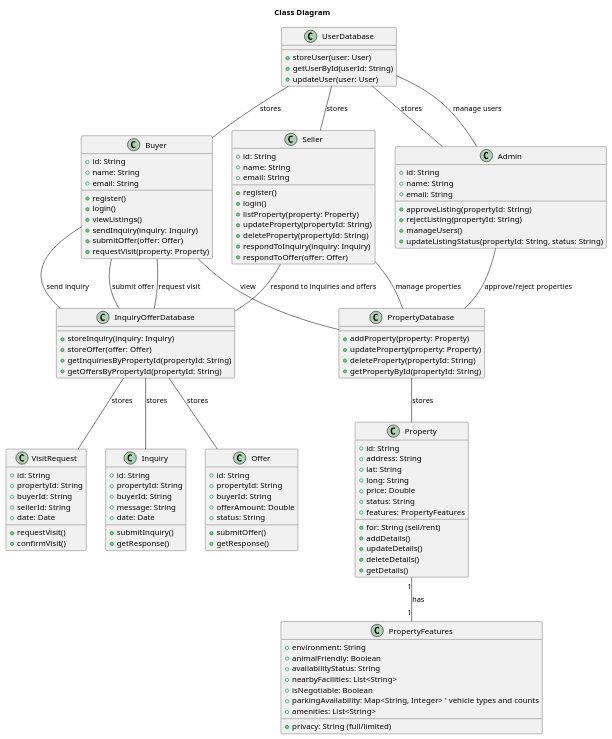
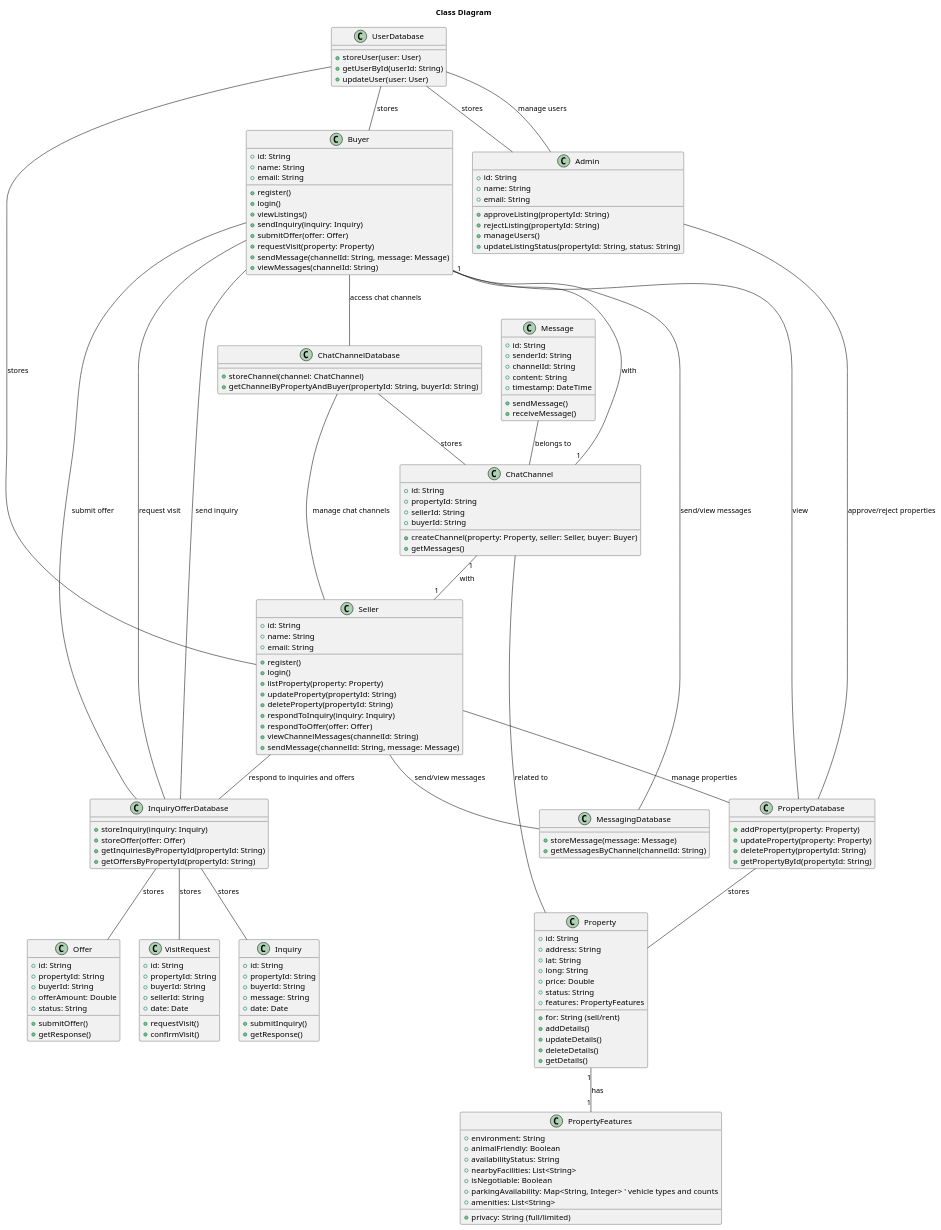
Before and after one commit to shankarkharel/Realestate-elaboration: the diagram in Classs/ClassDiagram.puml, drawn with PlantUML. The commit also changed 4 other files, not shown here.

```diff
--- a/Classs/ClassDiagram.puml
+++ b/Classs/ClassDiagram.puml
@@ -1,141 +1,183 @@
 @startuml RealEstateApplicationClassDiagram
 
 title Class Diagram 
 
 ' Define the main classes
 class Buyer {
     +id: String
     +name: String
     +email: String
     +register()
     +login()
     +viewListings()
     +sendInquiry(inquiry: Inquiry)
     +submitOffer(offer: Offer)
     +requestVisit(property: Property)
+    +sendMessage(channelId: String, message: Message)
+    +viewMessages(channelId: String)
 }
 
 class Seller {
     +id: String
     +name: String
     +email: String
     +register()
     +login()
     +listProperty(property: Property)
     +updateProperty(propertyId: String)
     +deleteProperty(propertyId: String)
     +respondToInquiry(inquiry: Inquiry)
     +respondToOffer(offer: Offer)
+    +viewChannelMessages(channelId: String)
+    +sendMessage(channelId: String, message: Message)
 }
 
 class Admin {
     +id: String
     +name: String
     +email: String
     +approveListing(propertyId: String)
     +rejectListing(propertyId: String)
     +manageUsers()
     +updateListingStatus(propertyId: String, status: String)
 }
 
 class Property {
     +id: String
     +address: String
     +lat: String
     +long: String
     +price: Double
     +for: String (sell/rent)
     +status: String
     +features: PropertyFeatures
     +addDetails()
     +updateDetails()
     +deleteDetails()
     +getDetails()
 }
 
 class PropertyFeatures {
     +environment: String
     +animalFriendly: Boolean
     +privacy: String (full/limited)
     +availabilityStatus: String
     +nearbyFacilities: List<String>
     +isNegotiable: Boolean
     +parkingAvailability: Map<String, Integer> ' vehicle types and counts
     +amenities: List<String>
 }
 
 class Inquiry {
     +id: String
     +propertyId: String
     +buyerId: String
     +message: String
     +date: Date
     +submitInquiry()
     +getResponse()
 }
 
 class Offer {
     +id: String
     +propertyId: String
     +buyerId: String
     +offerAmount: Double
     +status: String
     +submitOffer()
     +getResponse()
 }
 
 class VisitRequest {
     +id: String
     +propertyId: String
     +buyerId: String
     +sellerId: String
     +date: Date
     +requestVisit()
     +confirmVisit()
 }
 
+class ChatChannel {
+    +id: String
+    +propertyId: String
+    +sellerId: String
+    +buyerId: String
+    +createChannel(property: Property, seller: Seller, buyer: Buyer)
+    +getMessages()
+}
+
+class Message {
+    +id: String
+    +senderId: String
+    +channelId: String
+    +content: String
+    +timestamp: DateTime
+    +sendMessage()
+    +receiveMessage()
+}
+
 ' Define databases as classes
 class PropertyDatabase {
     +addProperty(property: Property)
     +updateProperty(property: Property)
     +deleteProperty(propertyId: String)
     +getPropertyById(propertyId: String)
 }
 
 class UserDatabase {
     +storeUser(user: User)
     +getUserById(userId: String)
     +updateUser(user: User)
 }
 
 class InquiryOfferDatabase {
     +storeInquiry(inquiry: Inquiry)
     +storeOffer(offer: Offer)
     +getInquiriesByPropertyId(propertyId: String)
     +getOffersByPropertyId(propertyId: String)
 }
 
+class MessagingDatabase {
+    +storeMessage(message: Message)
+    +getMessagesByChannel(channelId: String)
+}
+
+class ChatChannelDatabase {
+    +storeChannel(channel: ChatChannel)
+    +getChannelByPropertyAndBuyer(propertyId: String, buyerId: String)
+}
+
 ' Relationships
 Buyer -- PropertyDatabase : "view"
 Buyer -- InquiryOfferDatabase : "send inquiry"
 Buyer -- InquiryOfferDatabase : "submit offer"
 Buyer -- InquiryOfferDatabase : "request visit"
+Buyer -- ChatChannelDatabase : "access chat channels"
+Buyer -- MessagingDatabase : "send/view messages"
 
 Seller -- PropertyDatabase : "manage properties"
 Seller -- InquiryOfferDatabase : "respond to inquiries and offers"
+Seller -- ChatChannelDatabase : "manage chat channels"
+Seller -- MessagingDatabase : "send/view messages"
 
 Admin -- PropertyDatabase : "approve/reject properties"
 Admin -- UserDatabase : "manage users"
 
 PropertyDatabase -- Property : "stores"
 UserDatabase -- Buyer : "stores"
 UserDatabase -- Seller : "stores"
 UserDatabase -- Admin : "stores"
 
 InquiryOfferDatabase -- Inquiry : "stores"
 InquiryOfferDatabase -- Offer : "stores"
 InquiryOfferDatabase -- VisitRequest : "stores"
 
 Property "1" -- "1" PropertyFeatures : "has"
+Message -- ChatChannel : "belongs to"
+ChatChannel -- Property : "related to"
+ChatChannelDatabase -- ChatChannel : "stores"
+ChatChannel "1" -- "1" Seller : "with"
+ChatChannel "1" -- "1" Buyer : "with"
 
 @enduml
```
